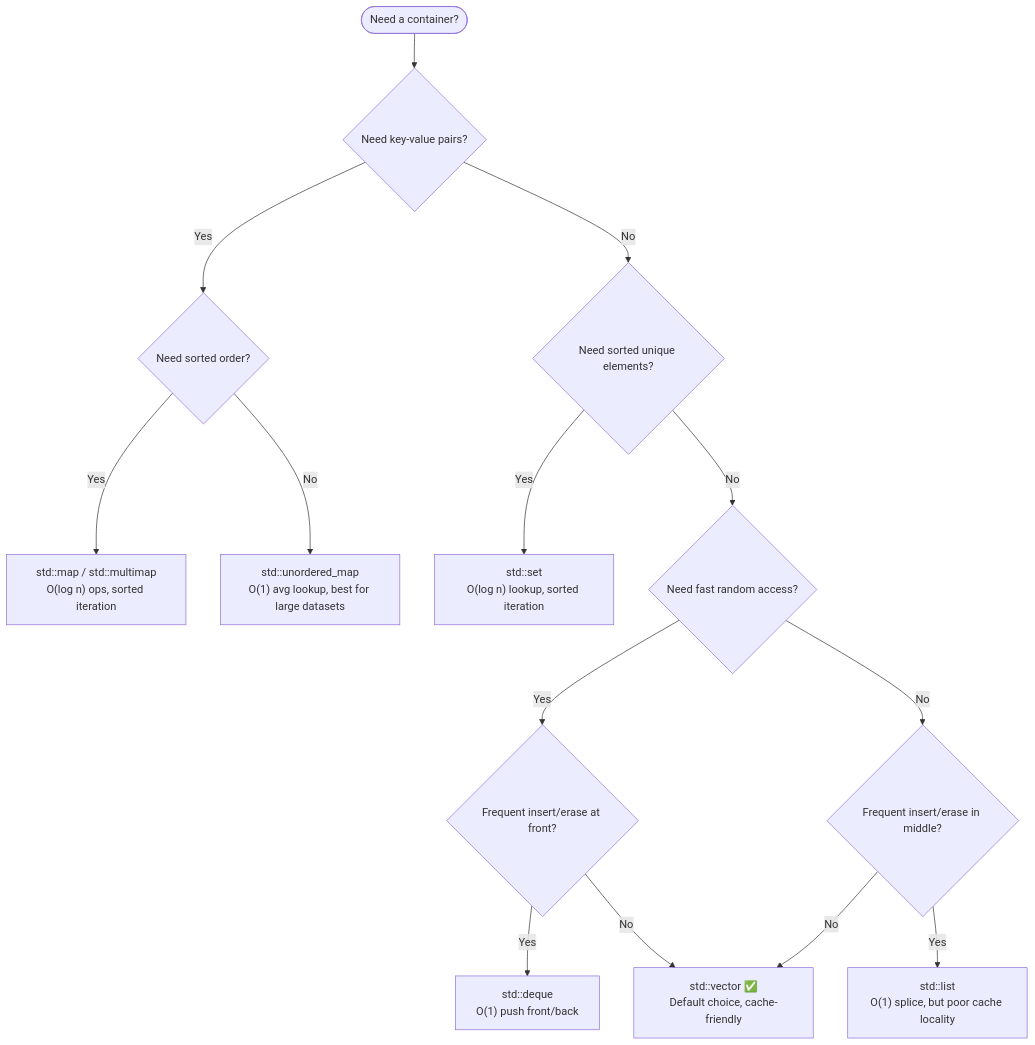
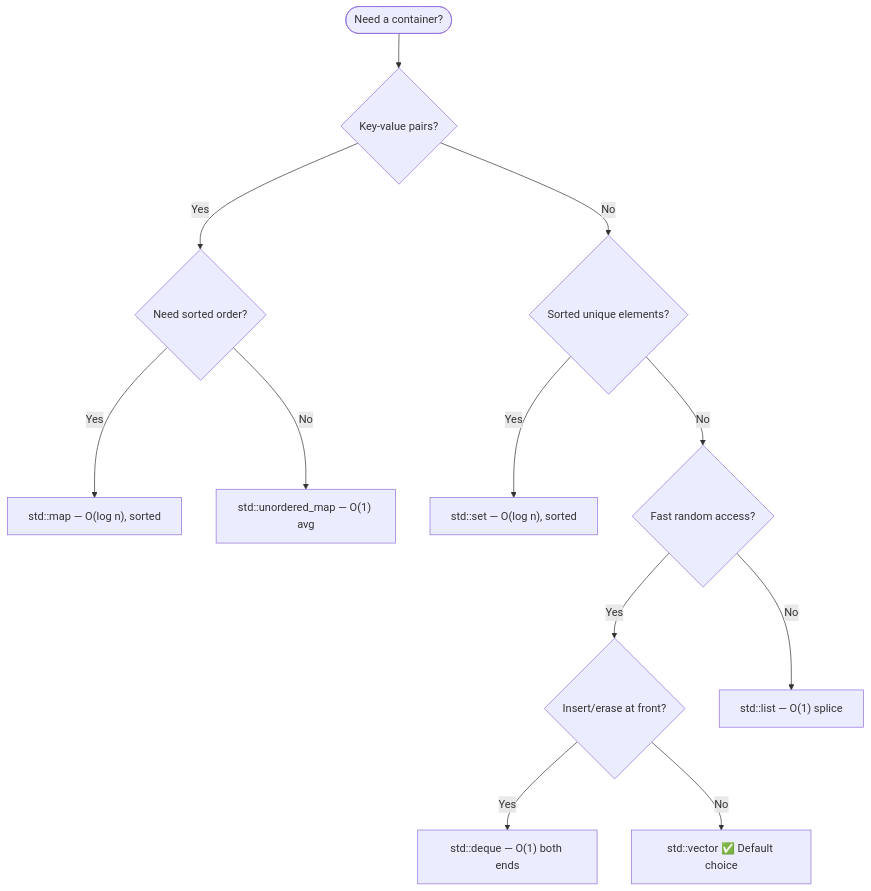
Before and after one commit to dkkh87/CPP-CUDA-Mastery: the second of 2 diagrams in Part-02-CPP-Intermediate/17_STL_Containers.md, drawn with Mermaid. The commit also changed other lines of this file and 4 other files, not shown here.

````diff
--- a/Part-02-CPP-Intermediate/17_STL_Containers.md
+++ b/Part-02-CPP-Intermediate/17_STL_Containers.md
@@ -87,16 +76,14 @@
 ```mermaid
 flowchart TD
-    Start([Need a container?]) --> Q1{Need key-value pairs?}
+    Start([Need a container?]) --> Q1{Key-value pairs?}
     Q1 -->|Yes| Q2{Need sorted order?}
-    Q1 -->|No| Q3{Need sorted unique elements?}
-    Q2 -->|Yes| MAP["std::map / std::multimap<br/>O(log n) ops, sorted iteration"]
-    Q2 -->|No| UMAP["std::unordered_map<br/>O(1) avg lookup, best for large datasets"]
-    Q3 -->|Yes| SET["std::set<br/>O(log n) lookup, sorted iteration"]
-    Q3 -->|No| Q4{Need fast random access?}
-    Q4 -->|Yes| Q5{Frequent insert/erase at front?}
-    Q4 -->|No| Q6{Frequent insert/erase in middle?}
-    Q5 -->|Yes| DEQUE["std::deque<br/>O(1) push front/back"]
-    Q5 -->|No| VEC["std::vector ✅<br/>Default choice, cache-friendly"]
-    Q6 -->|Yes| LIST["std::list<br/>O(1) splice, but poor cache locality"]
-    Q6 -->|No| VEC
+    Q1 -->|No| Q3{Sorted unique elements?}
+    Q2 -->|Yes| MAP["std::map — O(log n), sorted"]
+    Q2 -->|No| UMAP["std::unordered_map — O(1) avg"]
+    Q3 -->|Yes| SET["std::set — O(log n), sorted"]
+    Q3 -->|No| Q4{Fast random access?}
+    Q4 -->|Yes| Q5{Insert/erase at front?}
+    Q4 -->|No| LIST["std::list — O(1) splice"]
+    Q5 -->|Yes| DEQUE["std::deque — O(1) both ends"]
+    Q5 -->|No| VEC["std::vector ✅ Default choice"]
 ```
````
